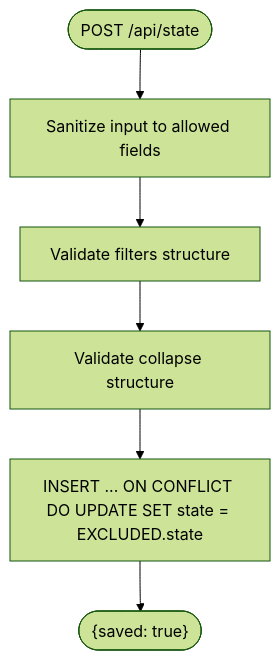
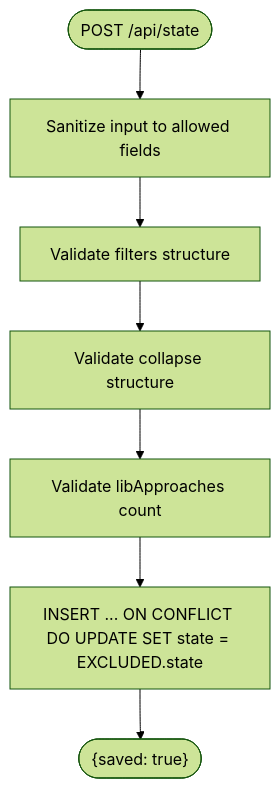
The fifth of 10 diagrams in .qoder/repowiki/en/content/Cloud Synchronization.md (iamrituraj/DSA-Tracker), drawn with Mermaid (forest theme) before and after one commit. The commit also changed other lines of this file and 29 other files, not shown here.

````diff
--- a/.qoder/repowiki/en/content/Cloud Synchronization.md
+++ b/.qoder/repowiki/en/content/Cloud Synchronization.md
@@ -194,8 +218,9 @@
 ```mermaid
 flowchart TD
 Req(["POST /api/state"]) --> Sanitize["Sanitize input to allowed fields"]
 Sanitize --> ValidateFilters["Validate filters structure"]
 ValidateFilters --> ValidateCollapse["Validate collapse structure"]
-ValidateCollapse --> Upsert["INSERT ... ON CONFLICT DO UPDATE SET state = EXCLUDED.state"]
+ValidateCollapse --> ValidateLibApproaches["Validate libApproaches count"]
+ValidateLibApproaches --> Upsert["INSERT ... ON CONFLICT DO UPDATE SET state = EXCLUDED.state"]
 Upsert --> Done(["{saved: true}"])
 ```
````
